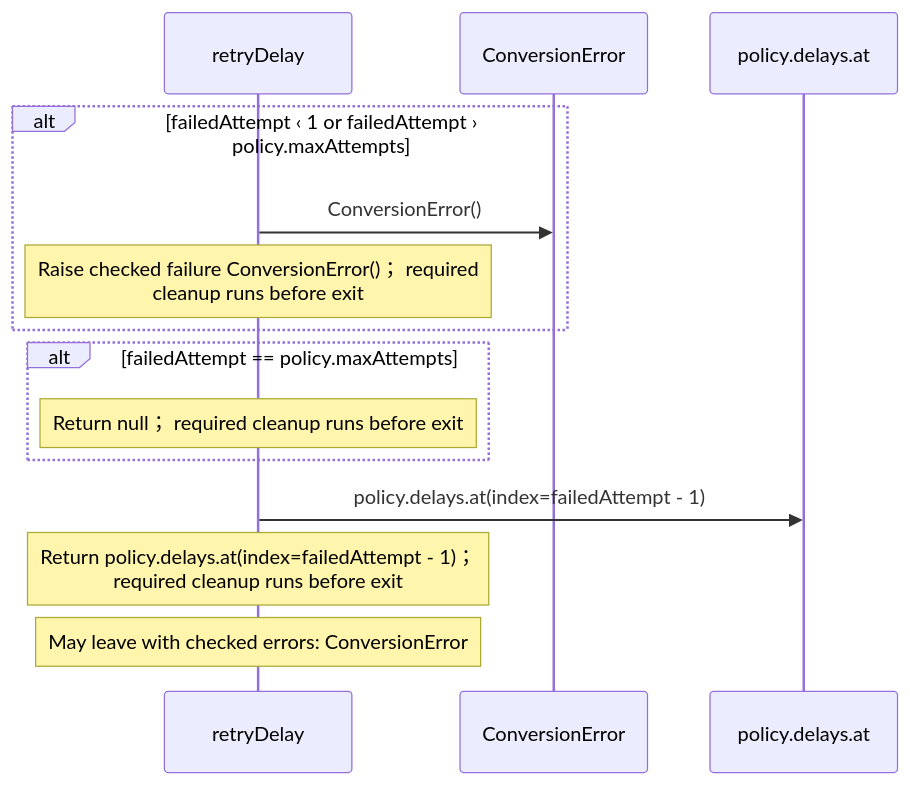
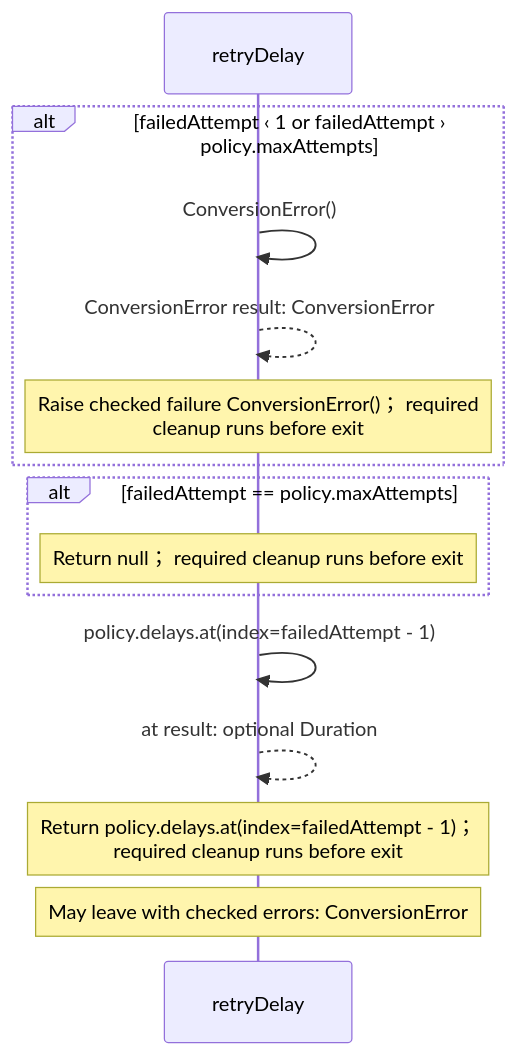
The second of 2 diagrams in src/stdlib/values/retries.aug.diagrams.md (GreenPandaStudios/augscript), drawn with Mermaid before and after one commit. The commit also changed other lines of this file and 304 other files, not shown here.

Commit message:
Make generated data-flow sequences concise and review every diagram

````diff
--- a/src/stdlib/values/retries.aug.diagrams.md
+++ b/src/stdlib/values/retries.aug.diagrams.md
@@ -47,16 +50,17 @@
 ```mermaid
 sequenceDiagram
     participant p0 as retryDelay
-    participant p1 as ConversionError
-    participant p2 as policy.delays.at
+
     alt failedAttempt ‹ 1 or failedAttempt › policy.maxAttempts
-    p0->>p1: ConversionError()
+    p0->>p0: ConversionError()
+    p0-->>p0: ConversionError result: ConversionError
     Note over p0: Raise checked failure ConversionError()； required<br/>cleanup runs before exit
     end
     alt failedAttempt == policy.maxAttempts
     Note over p0: Return null； required cleanup runs before exit
     end
-    p0->>p2: policy.delays.at(index=failedAttempt - 1)
+    p0->>p0: policy.delays.at(index=failedAttempt - 1)
+    p0-->>p0: at result: optional Duration
     Note over p0: Return policy.delays.at(index=failedAttempt - 1)；<br/>required cleanup runs before exit
     Note over p0: May leave with checked errors: ConversionError
 ```
````
